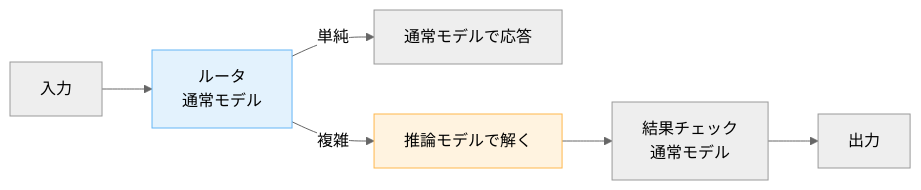
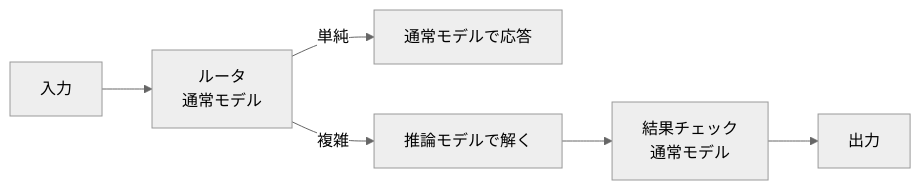
The third of 3 diagrams in docs/techniques/推論モデル-o1o3extended-thinking-の使いどころ.md (dinekt/dinekt-wiki), drawn with Mermaid (neutral theme) before and after one commit. The commit also changed other lines of this file and 70 other files, not shown here.

First line of the commit message:
fix(mermaid): strip all inline styling, rely on theme

````diff
--- a/docs/techniques/推論モデル-o1o3extended-thinking-の使いどころ.md
+++ b/docs/techniques/推論モデル-o1o3extended-thinking-の使いどころ.md
@@ -115,11 +111,9 @@
 ```mermaid
 flowchart LR
     I[入力] --> R1[ルータ<br/>通常モデル]
     R1 -->|単純| N[通常モデルで応答]
     R1 -->|複雑| R[推論モデルで解く]
     R --> C[結果チェック<br/>通常モデル]
     C --> O[出力]
 
-    style R1 fill:#e3f2fd,stroke:#64b5f6,color:#000
-    style R fill:#fff3e0,stroke:#ffb74d,color:#000
 ```
````
